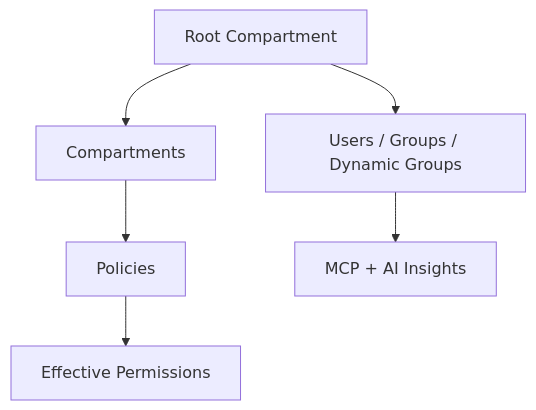
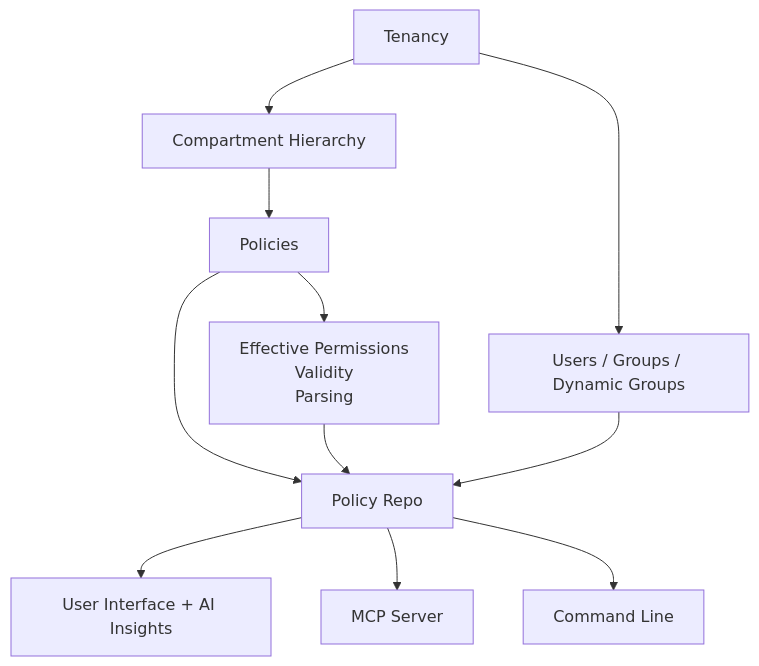
One commit to agregory999/oci-policy-analysis changed the diagram in docs/source/architecture.md. Above: the diagram before and after it, drawn with Mermaid. The commit also changed other lines of this file and 4 other files, not shown here.

````diff
--- a/docs/source/architecture.md
+++ b/docs/source/architecture.md
@@ -17,8 +17,15 @@
 ```mermaid
 flowchart TD
-    A[Root Compartment] --> B[Compartments]
+    A[Tenancy] --> B[Compartment Hierarchy]
     B --> C[Policies]
-    C --> D[Effective Permissions]
+    C --> D[Effective Permissions
+    Validity
+    Parsing]
     A --> E[Users / Groups / Dynamic Groups]
-    E --> F[MCP + AI Insights]
+    C --> R[Policy Repo]
+    D --> R
+    E --> R
+    R --> F[User Interface + AI Insights]
+    R --> M[MCP Server]
+    R --> CL[Command Line]
 ```
````
